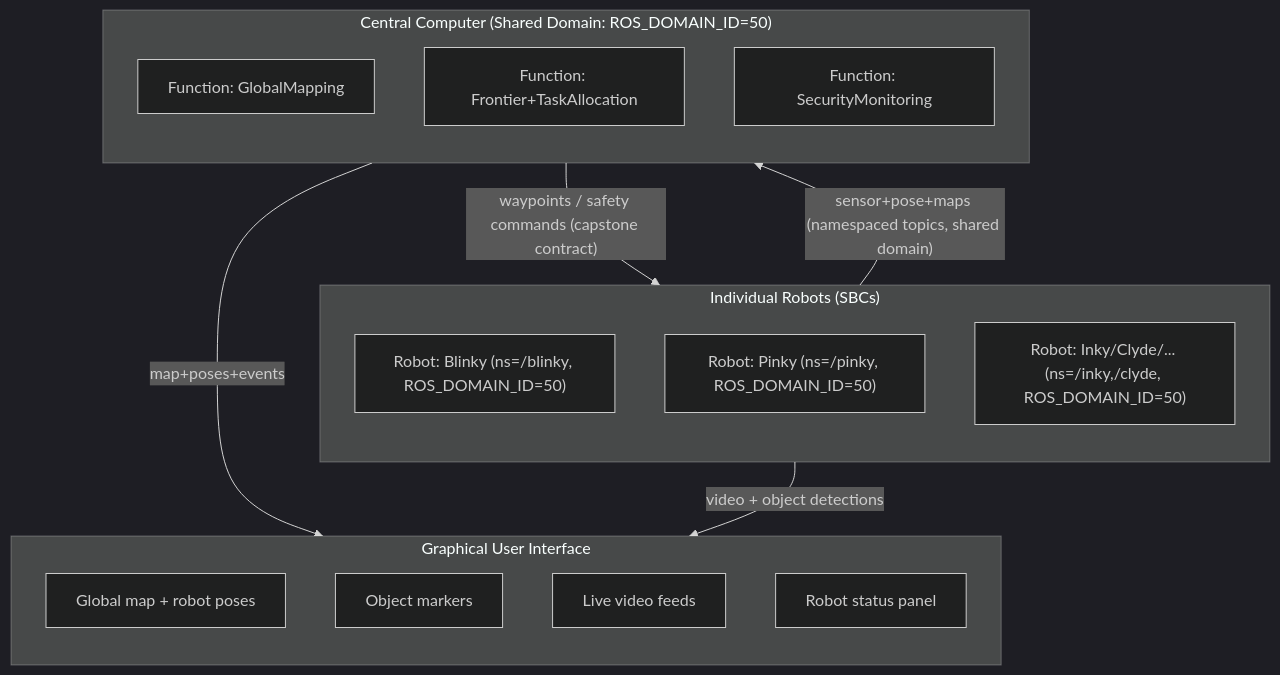
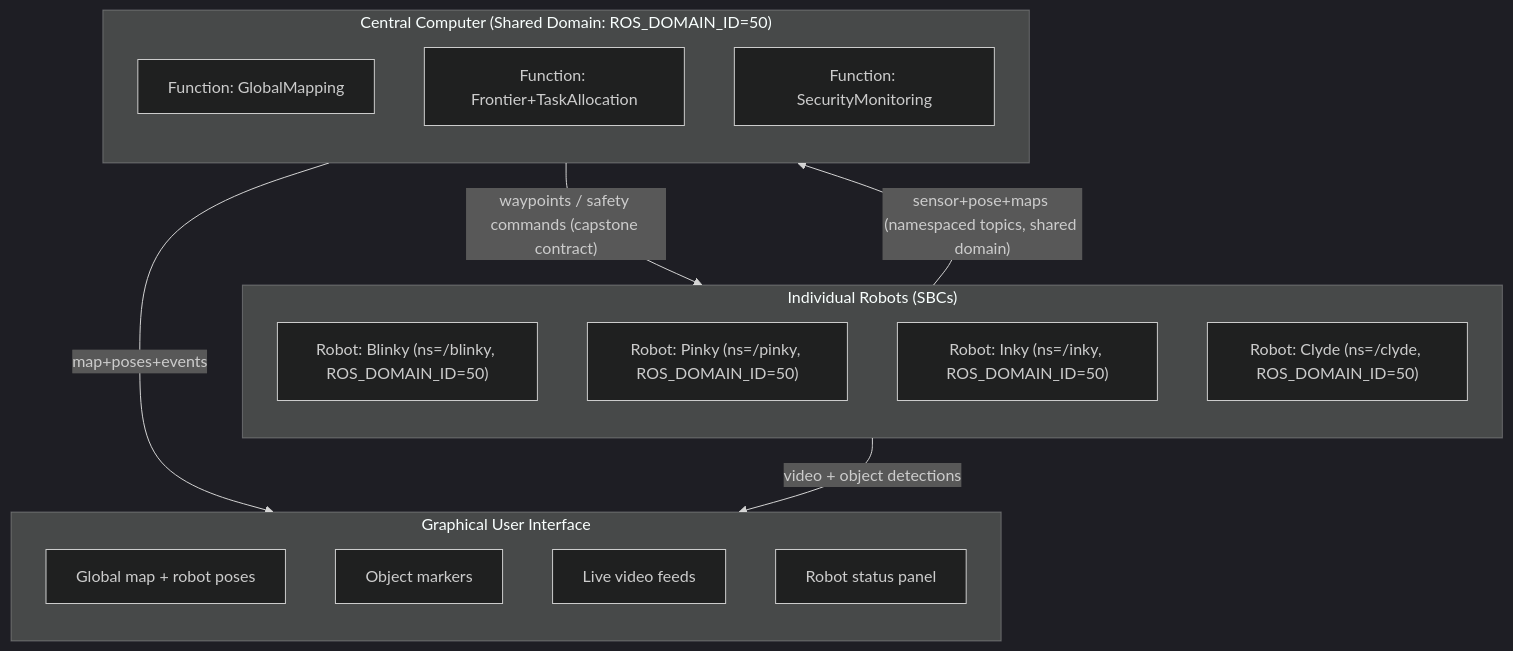
One commit to SleepyFinale/ans-central-computer changed the second of 7 diagrams in docs/architecture.md. Above: the diagram before and after it, drawn with Mermaid (dark theme). The commit also changed other lines of this file and 10 other files, not shown here.

First line of the commit message:
Enhance multi-robot support in documentation and scripts for Clyde integration

````diff
--- a/docs/architecture.md
+++ b/docs/architecture.md
@@ -49,29 +49,30 @@
 ```mermaid
 flowchart TB
   subgraph Robots["Individual Robots (SBCs)"]
     direction TB
     r1["Robot: Blinky (ns=/blinky, ROS_DOMAIN_ID=50)"]
     r2["Robot: Pinky (ns=/pinky, ROS_DOMAIN_ID=50)"]
-    rN["Robot: Inky/Clyde/... (ns=/inky,/clyde, ROS_DOMAIN_ID=50)"]
+    r3["Robot: Inky (ns=/inky, ROS_DOMAIN_ID=50)"]
+    r4["Robot: Clyde (ns=/clyde, ROS_DOMAIN_ID=50)"]
   end
 
   subgraph Central["Central Computer (Shared Domain: ROS_DOMAIN_ID=50)"]
     direction TB
     centralMapping["Function: GlobalMapping"]
     centralTasking["Function: Frontier+TaskAllocation"]
     centralSecurity["Function: SecurityMonitoring"]
   end
 
   subgraph GUI["Graphical User Interface"]
     direction TB
     guiMap["Global map + robot poses"]
     guiObjects["Object markers"]
     guiVideo["Live video feeds"]
     guiStatus["Robot status panel"]
   end
 
   Robots -->|"sensor+pose+maps (namespaced topics, shared domain)"| Central
   Central -->|"waypoints / safety commands (capstone contract)"| Robots
   Central -->|"map+poses+events"| GUI
   Robots -->|"video + object detections"| GUI
 ```
````
